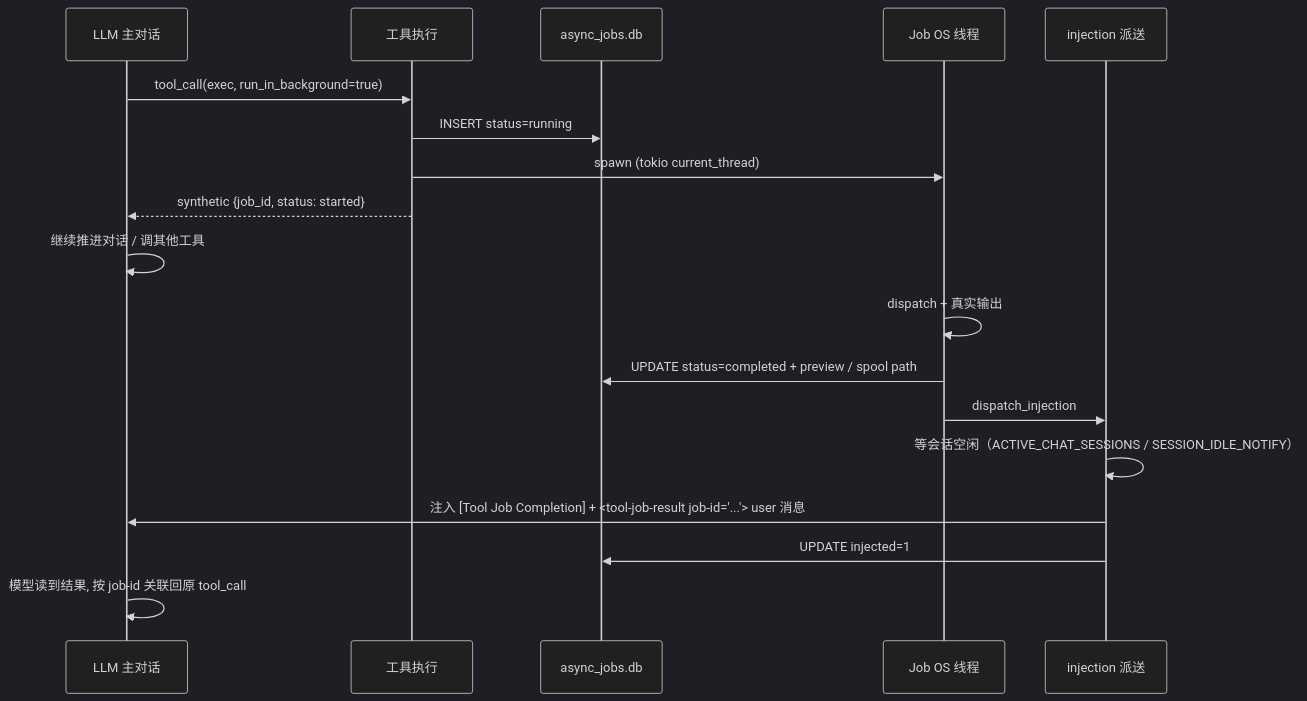
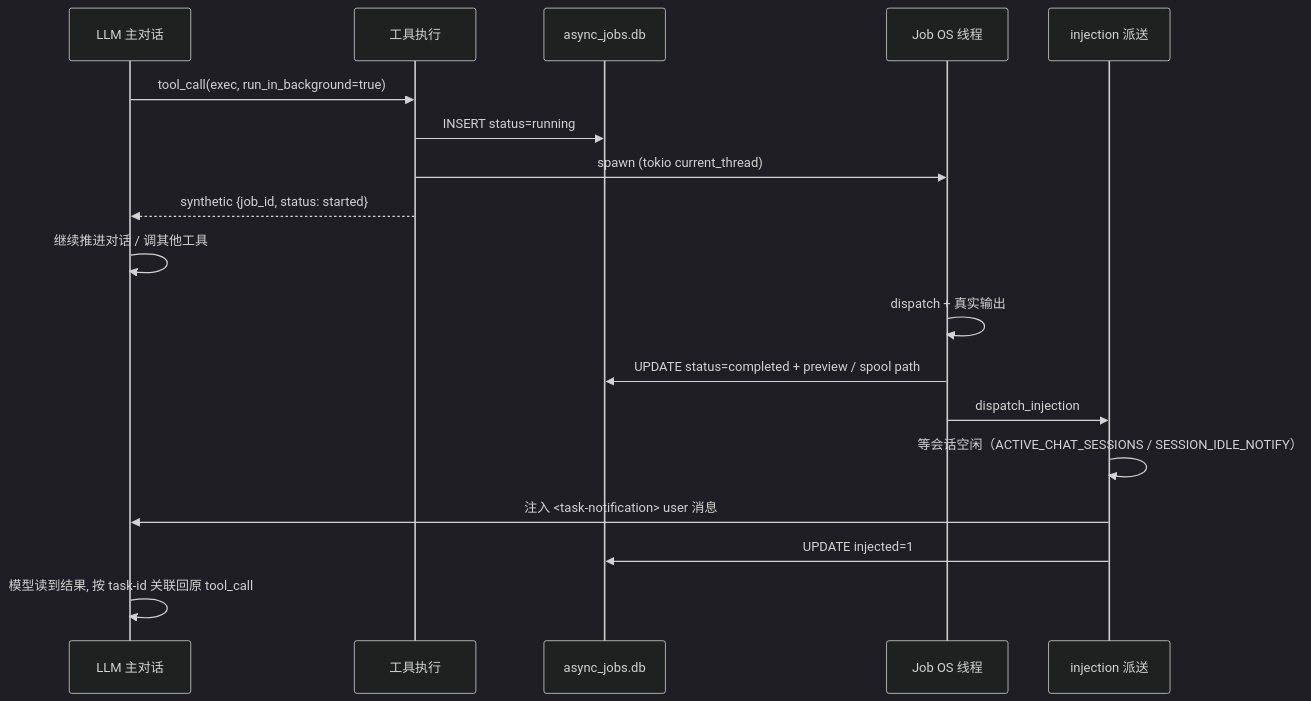
The sixth of 12 diagrams in mirrors/repos/shiwenwen@hope-agent/docs/architecture/tool-system.md (gabrielmoreira/agent-skills-mirror), drawn with Mermaid (dark theme) before and after one commit. The commit also changed other lines of this file and 1299 other files, not shown here.

````diff
--- a/mirrors/repos/shiwenwen@hope-agent/docs/architecture/tool-system.md
+++ b/mirrors/repos/shiwenwen@hope-agent/docs/architecture/tool-system.md
@@ -534,21 +536,21 @@
 ```mermaid
 sequenceDiagram
     participant LLM as LLM 主对话
     participant Tool as 工具执行
     participant DB as async_jobs.db
     participant Job as Job OS 线程
     participant Inj as injection 派送
 
     LLM->>Tool: tool_call(exec, run_in_background=true)
     Tool->>DB: INSERT status=running
     Tool->>Job: spawn (tokio current_thread)
     Tool-->>LLM: synthetic {job_id, status: started}
     LLM->>LLM: 继续推进对话 / 调其他工具
     Job->>Job: dispatch + 真实输出
     Job->>DB: UPDATE status=completed + preview / spool path
     Job->>Inj: dispatch_injection
     Inj->>Inj: 等会话空闲（ACTIVE_CHAT_SESSIONS / SESSION_IDLE_NOTIFY）
-    Inj->>LLM: 注入 [Tool Job Completion] + <tool-job-result job-id="..."> user 消息
+    Inj->>LLM: 注入 <task-notification> user 消息
     Inj->>DB: UPDATE injected=1
-    LLM->>LLM: 模型读到结果, 按 job-id 关联回原 tool_call
+    LLM->>LLM: 模型读到结果, 按 task-id 关联回原 tool_call
 ```
````
